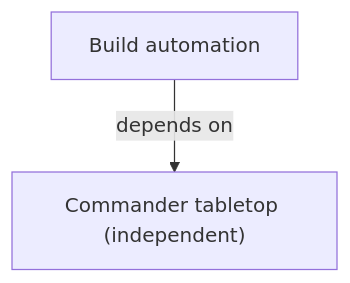
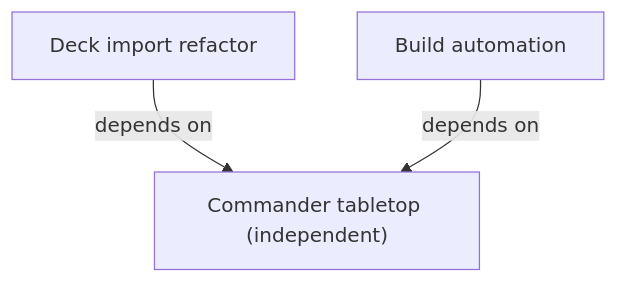
The diagram in spec/INDEX.md (gossagomez-new/mtgcmd), drawn with Mermaid before and after one commit. The commit also changed other lines of this file and 9 other files, not shown here.

````diff
--- a/spec/INDEX.md
+++ b/spec/INDEX.md
@@ -12,6 +13,8 @@
 ```mermaid
 flowchart TD
     tabletop["Commander tabletop (independent)"]
     build["Build automation"]
+    imports["Deck import refactor"]
+    imports -->|depends on| tabletop
     build -->|depends on| tabletop
 ```
````
